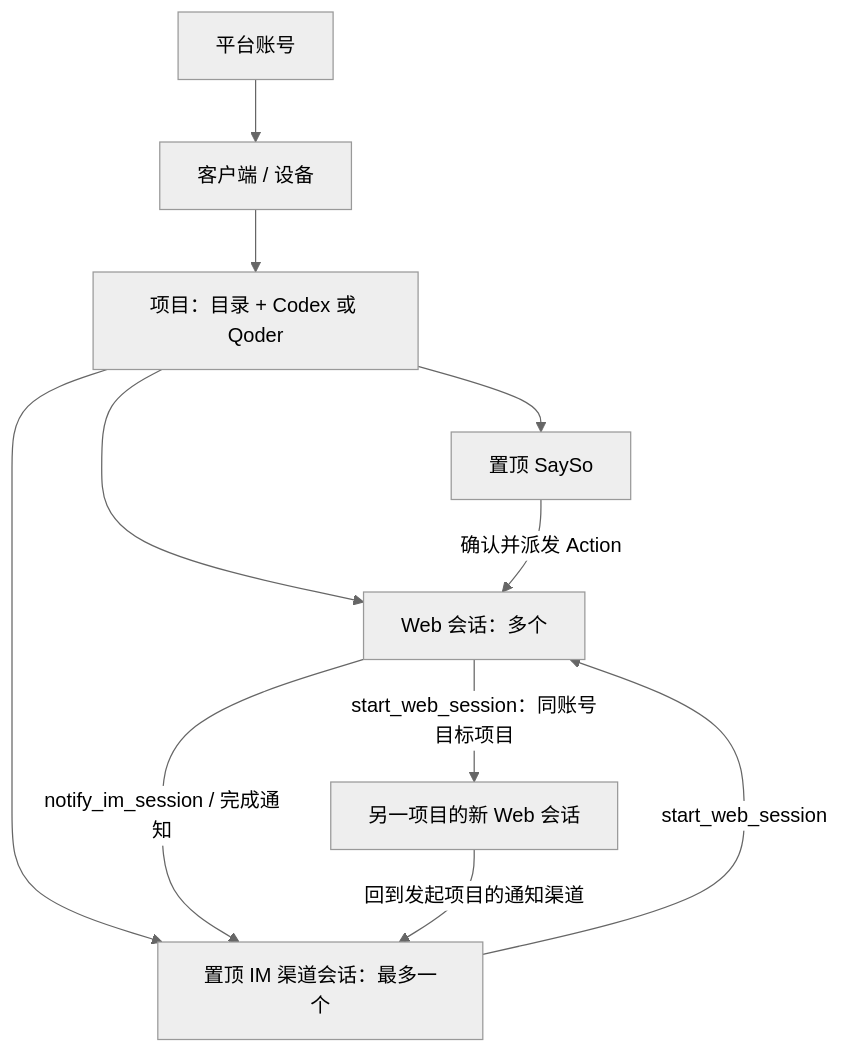
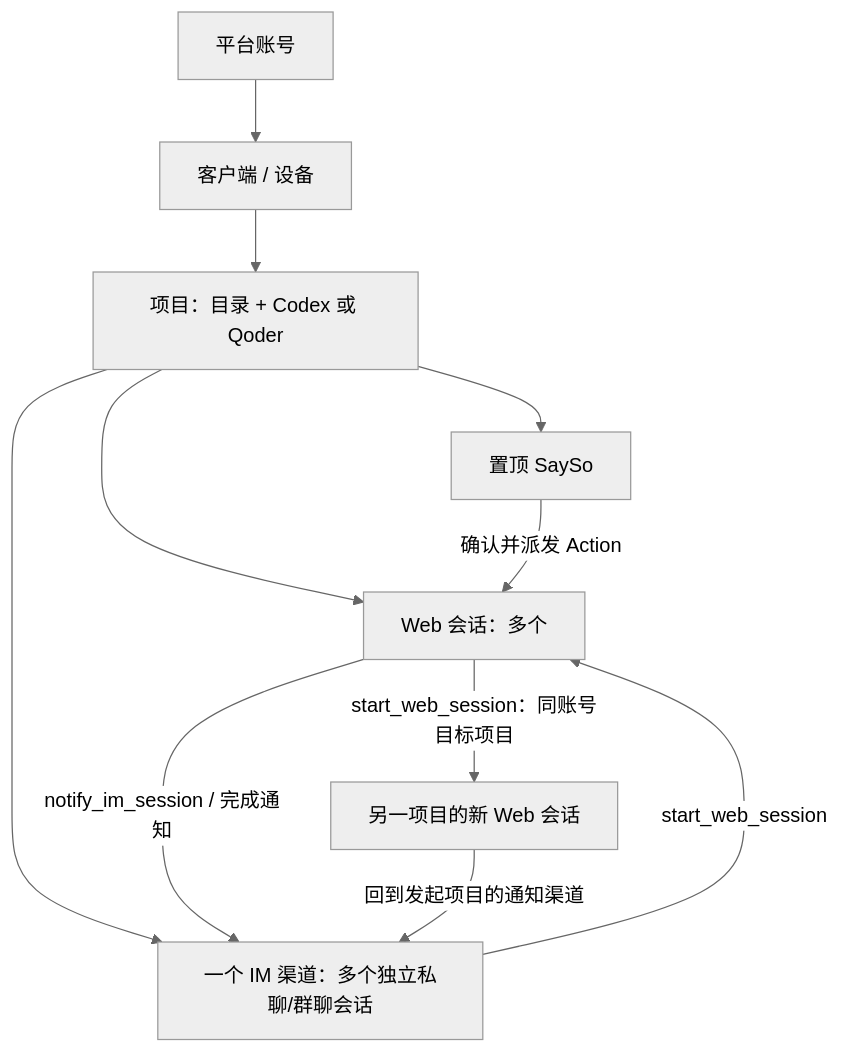
Before and after one commit to string1225/remote-agent-cli: the diagram in docs/session-model.md, drawn with Mermaid (neutral theme). The commit also changed other lines of this file and 87 other files, not shown here.

````diff
--- a/docs/session-model.md
+++ b/docs/session-model.md
@@ -14,13 +14,13 @@
 ```mermaid
 flowchart TD
     U[平台账号] --> C[客户端 / 设备]
     C --> P[项目：目录 + Codex 或 Qoder]
     P --> S[置顶 SaySo]
-    P --> I[置顶 IM 渠道会话：最多一个]
+    P --> I[一个 IM 渠道：多个独立私聊/群聊会话]
     P --> W[Web 会话：多个]
     S -->|确认并派发 Action| W
     I -->|start_web_session| W
     W -->|notify_im_session / 完成通知| I
     W -->|start_web_session：同账号目标项目| W2[另一项目的新 Web 会话]
     W2 -->|回到发起项目的通知渠道| I
 ```
````
